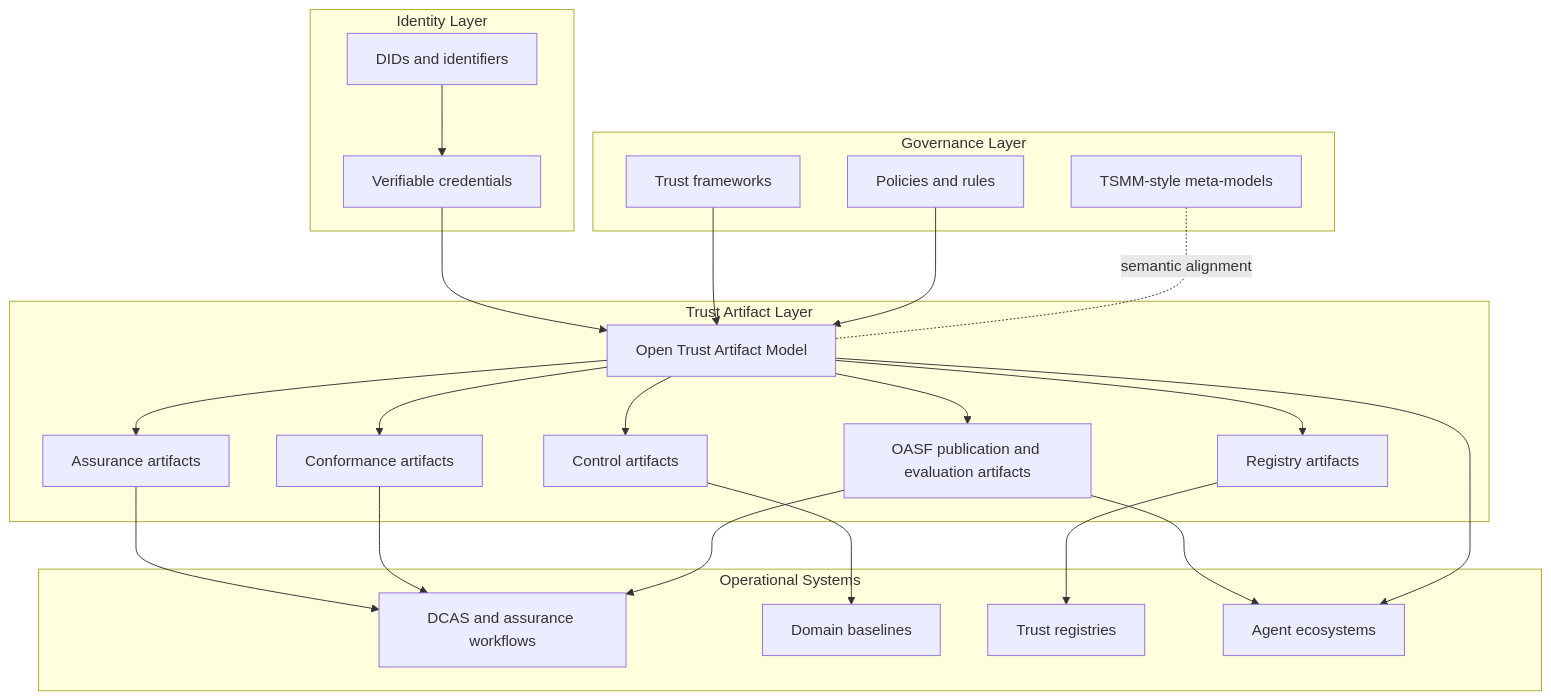
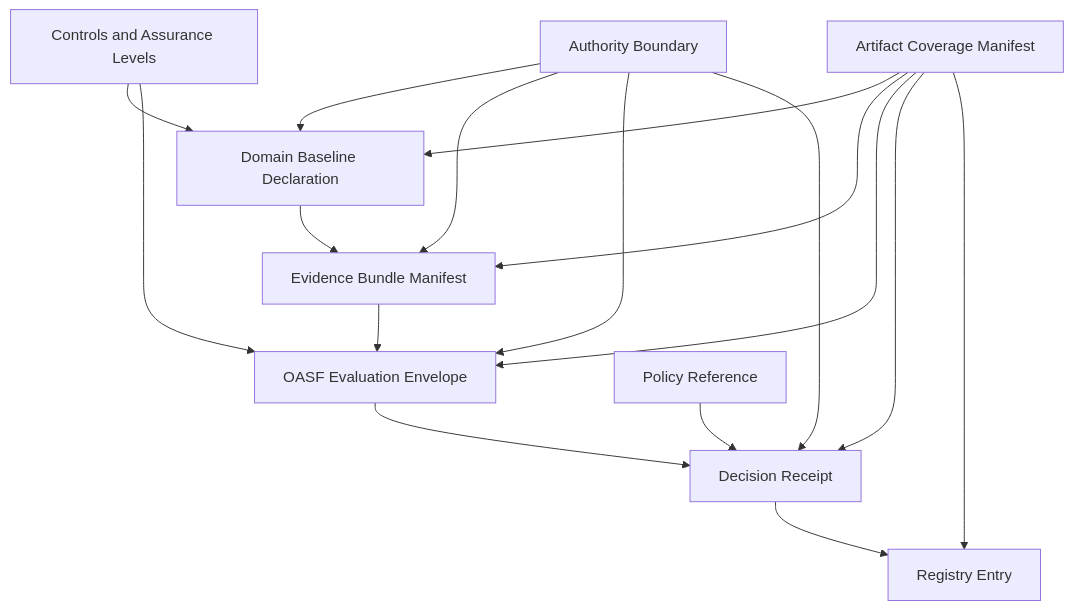
The diagram in docs/architecture.md (sankarshanmukhopadhyay/trust-infrastructure-schemas), drawn with Mermaid before and after one commit. The commit also changed other lines of this file and 60 other files, not shown here.

First line of the commit message:
Add decision receipts and harden executable governance validation

````diff
--- a/docs/architecture.md
+++ b/docs/architecture.md
@@ -5,46 +8,19 @@
 ```mermaid
-flowchart TB
-  subgraph I[Identity Layer]
-    DID[DIDs and identifiers]
-    VC[Verifiable credentials]
-  end
-
-  subgraph A[Trust Artifact Layer]
-    OTAM[Open Trust Artifact Model]
-    AS[Assurance artifacts]
-    CF[Conformance artifacts]
-    OASF[OASF publication and evaluation artifacts]
-    CT[Control artifacts]
-    RG[Registry artifacts]
-    OTAM --> AS
-    OTAM --> CF
-    OTAM --> OASF
-    OTAM --> CT
-    OTAM --> RG
-  end
-
-  subgraph G[Governance Layer]
-    TF[Trust frameworks]
-    PL[Policies and rules]
-    MM[TSMM-style meta-models]
-  end
-
-  subgraph O[Operational Systems]
-    DCAS[DCAS and assurance workflows]
-    BAS[Domain baselines]
-    REG[Trust registries]
-    AG[Agent ecosystems]
-  end
-
-  DID --> VC --> OTAM
-  TF --> OTAM
-  PL --> OTAM
-  MM -. semantic alignment .- OTAM
-  AS --> DCAS
-  CF --> DCAS
-  OASF --> DCAS
-  OASF --> AG
-  CT --> BAS
-  RG --> REG
-  OTAM --> AG
+flowchart TD
+  A[Domain Baseline Declaration] --> B[Evidence Bundle Manifest]
+  B --> C[OASF Evaluation Envelope]
+  C --> D[Decision Receipt]
+  D --> E[Registry Entry]
+  F[Authority Boundary] --> A
+  F --> B
+  F --> C
+  F --> D
+  G[Controls and Assurance Levels] --> A
+  G --> C
+  H[Policy Reference] --> D
+  I[Artifact Coverage Manifest] --> A
+  I --> B
+  I --> C
+  I --> D
+  I --> E
 ```
````
